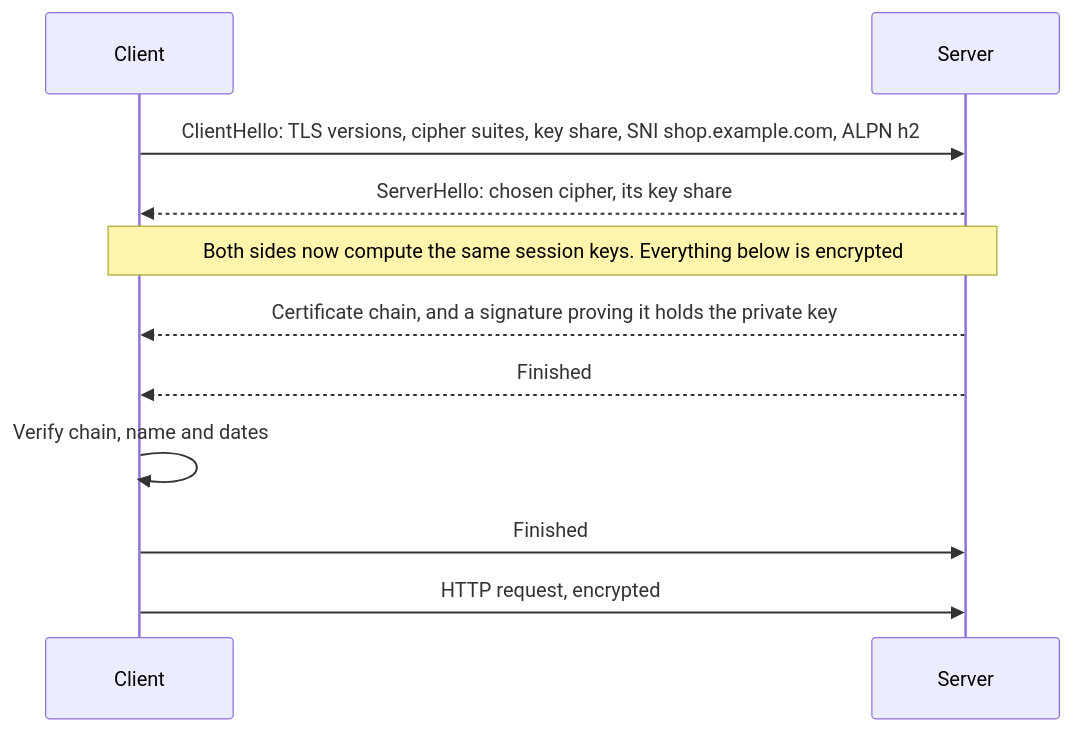
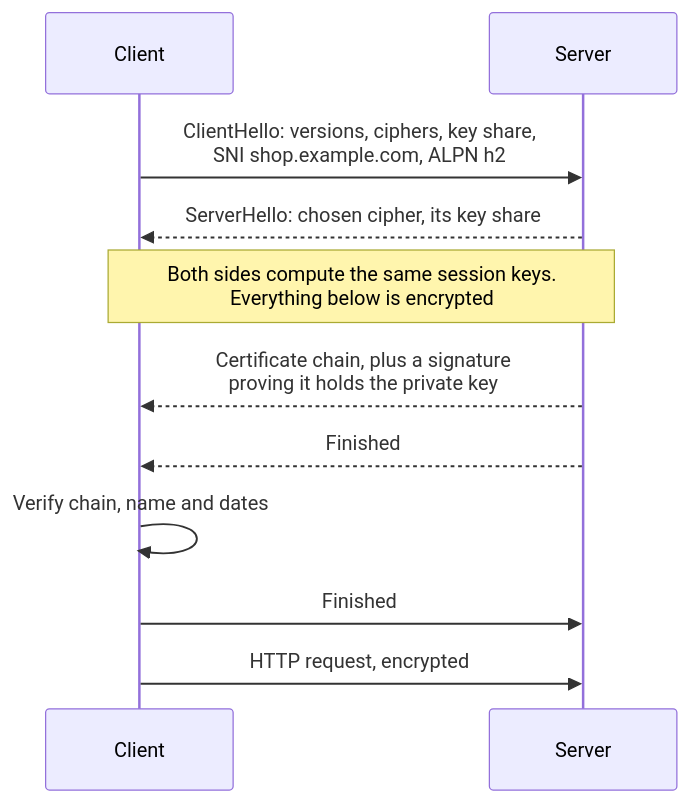
One commit to alfinwilliam/devops-notes changed the second of 2 diagrams in docs/networking/tls.md. Above: the diagram before and after it, drawn with Mermaid. The commit also changed 17 other files, not shown here.

First line of the commit message:
diagrams: fix every diagram that was shrunk below readable size

````diff
--- a/docs/networking/tls.md
+++ b/docs/networking/tls.md
@@ -52,13 +52,13 @@
 ```mermaid
 sequenceDiagram
     participant C as Client
     participant S as Server
-    C->>S: ClientHello: TLS versions, cipher suites, key share, SNI shop.example.com, ALPN h2
+    C->>S: ClientHello: versions, ciphers, key share,<br/>SNI shop.example.com, ALPN h2
     S-->>C: ServerHello: chosen cipher, its key share
-    Note over C,S: Both sides now compute the same session keys. Everything below is encrypted
-    S-->>C: Certificate chain, and a signature proving it holds the private key
+    Note over C,S: Both sides compute the same session keys.<br/>Everything below is encrypted
+    S-->>C: Certificate chain, plus a signature<br/>proving it holds the private key
     S-->>C: Finished
     C->>C: Verify chain, name and dates
     C->>S: Finished
     C->>S: HTTP request, encrypted
 ```
````
